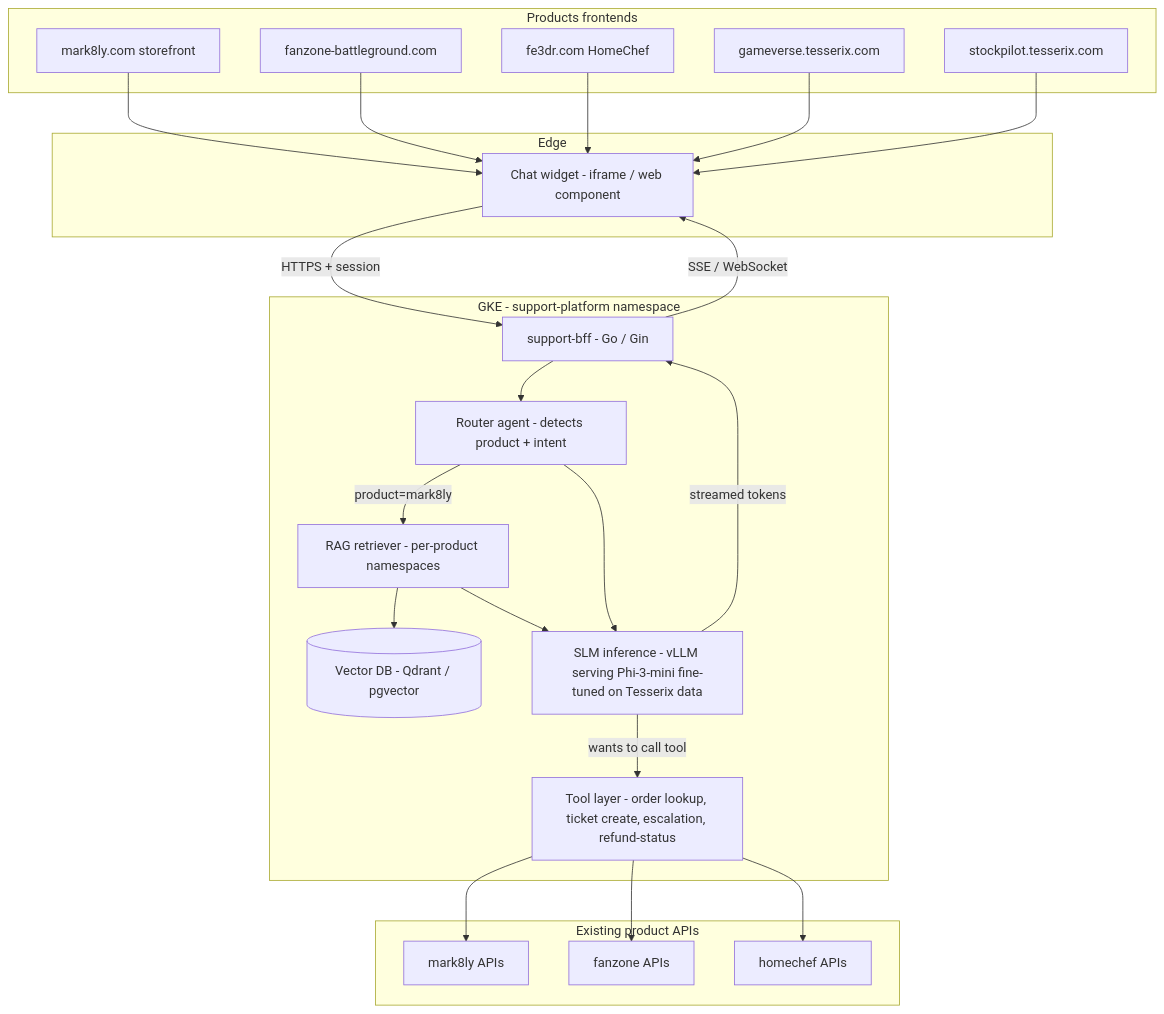
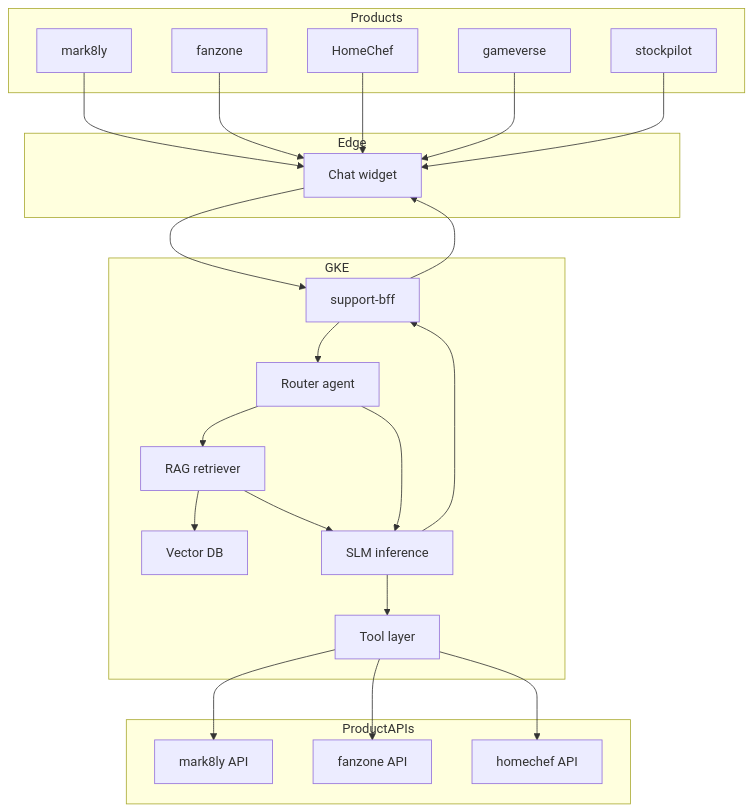
One commit to tesserix/slm-support-platform changed the diagram in docs/02-end-state-architecture.md. Above: the diagram before and after it, drawn with Mermaid. The commit also changed 3 other files, not shown here.

First line of the commit message:
fix(docs): simplify mermaid diagrams to lowest-common-denominator syntax

````diff
--- a/docs/02-end-state-architecture.md
+++ b/docs/02-end-state-architecture.md
@@ -17,48 +17,47 @@
 ```mermaid
 graph TB
-    subgraph products[Products frontends]
-        M[mark8ly.com storefront]
-        F[fanzone-battleground.com]
-        H[fe3dr.com HomeChef]
-        G[gameverse.tesserix.com]
-        S[stockpilot.tesserix.com]
+    subgraph Products
+        M[mark8ly]
+        F[fanzone]
+        H[HomeChef]
+        G[gameverse]
+        S[stockpilot]
     end
 
-    subgraph edge[Edge]
-        CW[Chat widget - iframe / web component]
+    subgraph Edge
+        CW[Chat widget]
     end
 
-    subgraph gke[GKE - support-platform namespace]
-        BFF[support-bff - Go / Gin]
-        ROUTER[Router agent - detects product + intent]
-        RAG[RAG retriever - per-product namespaces]
-        VDB[(Vector DB - Qdrant / pgvector)]
-        SLM[SLM inference - vLLM serving Phi-3-mini fine-tuned on Tesserix data]
-        TOOLS[Tool layer - order lookup, ticket create, escalation, refund-status]
+    subgraph GKE
+        BFF[support-bff]
+        ROUTER[Router agent]
+        RAG[RAG retriever]
+        VDB[Vector DB]
+        SLM[SLM inference]
+        TOOLS[Tool layer]
     end
 
-    subgraph apis[Existing product APIs]
-        MAPI[mark8ly APIs]
-        FAPI[fanzone APIs]
-        HAPI[homechef APIs]
+    subgraph ProductAPIs
+        MAPI[mark8ly API]
+        FAPI[fanzone API]
+        HAPI[homechef API]
     end
 
     M --> CW
     F --> CW
     H --> CW
     G --> CW
     S --> CW
-
-    CW -->|HTTPS + session| BFF
+    CW --> BFF
     BFF --> ROUTER
-    ROUTER -->|product=mark8ly| RAG
+    ROUTER --> RAG
     RAG --> VDB
     ROUTER --> SLM
     RAG --> SLM
-    SLM -->|wants to call tool| TOOLS
+    SLM --> TOOLS
     TOOLS --> MAPI
     TOOLS --> FAPI
     TOOLS --> HAPI
-    SLM -->|streamed tokens| BFF
-    BFF -->|SSE / WebSocket| CW
+    SLM --> BFF
+    BFF --> CW
 ```
````
